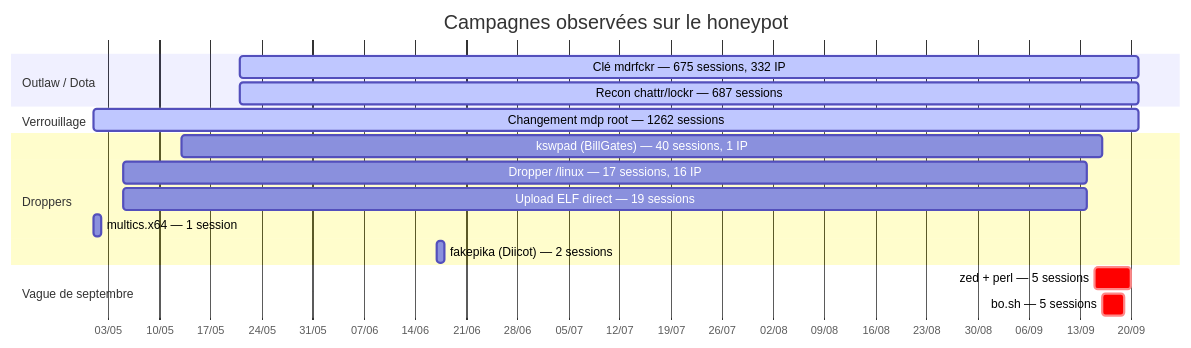
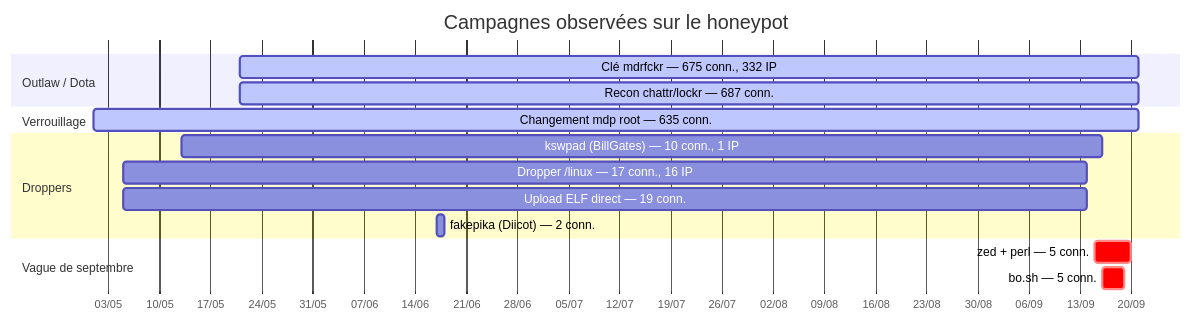
One commit to Vr00mm/honeypot-writeup changed the eighth of 9 diagrams in writeup-fr.md. Above: the diagram before and after it, drawn with Mermaid. The commit also changed other lines of this file and 1 other file, not shown here.

First line of the commit message:
docs: count per connection instead of per session channel

````diff
--- a/writeup-fr.md
+++ b/writeup-fr.md
@@ -737,24 +736,23 @@
 ```mermaid
 gantt
     title Campagnes observées sur le honeypot
     dateFormat YYYY-MM-DD
     axisFormat %d/%m
 
     section Outlaw / Dota
-    Clé mdrfckr — 675 sessions, 332 IP      :active, 2026-05-21, 2026-09-21
-    Recon chattr/lockr — 687 sessions       :active, 2026-05-21, 2026-09-21
+    Clé mdrfckr — 675 conn., 332 IP         :active, 2026-05-21, 2026-09-21
+    Recon chattr/lockr — 687 conn.          :active, 2026-05-21, 2026-09-21
 
     section Verrouillage
-    Changement mdp root — 1262 sessions     :active, 2026-05-01, 2026-09-21
+    Changement mdp root — 635 conn.         :active, 2026-05-01, 2026-09-21
 
     section Droppers
-    kswpad (BillGates) — 40 sessions, 1 IP  :2026-05-13, 2026-09-16
-    Dropper /linux — 17 sessions, 16 IP     :2026-05-05, 2026-09-14
-    Upload ELF direct — 19 sessions         :2026-05-05, 2026-09-14
-    multics.x64 — 1 session                 :2026-05-01, 2026-05-02
-    fakepika (Diicot) — 2 sessions          :2026-06-17, 2026-06-18
+    kswpad (BillGates) — 10 conn., 1 IP     :2026-05-13, 2026-09-16
+    Dropper /linux — 17 conn., 16 IP        :2026-05-05, 2026-09-14
+    Upload ELF direct — 19 conn.            :2026-05-05, 2026-09-14
+    fakepika (Diicot) — 2 conn.             :2026-06-17, 2026-06-18
 
     section Vague de septembre
-    zed + perl — 5 sessions                 :crit, 2026-09-15, 2026-09-20
-    bo.sh — 5 sessions                      :crit, 2026-09-16, 2026-09-19
+    zed + perl — 5 conn.                    :crit, 2026-09-15, 2026-09-20
+    bo.sh — 5 conn.                         :crit, 2026-09-16, 2026-09-19
 ```
````
